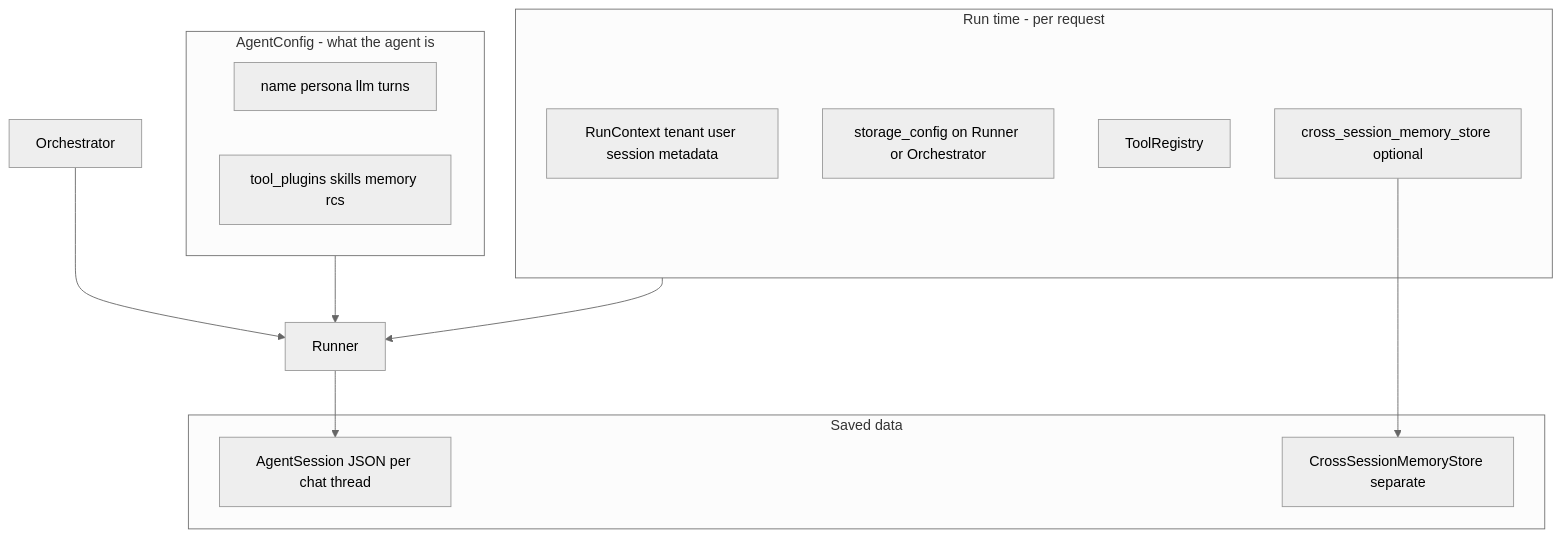
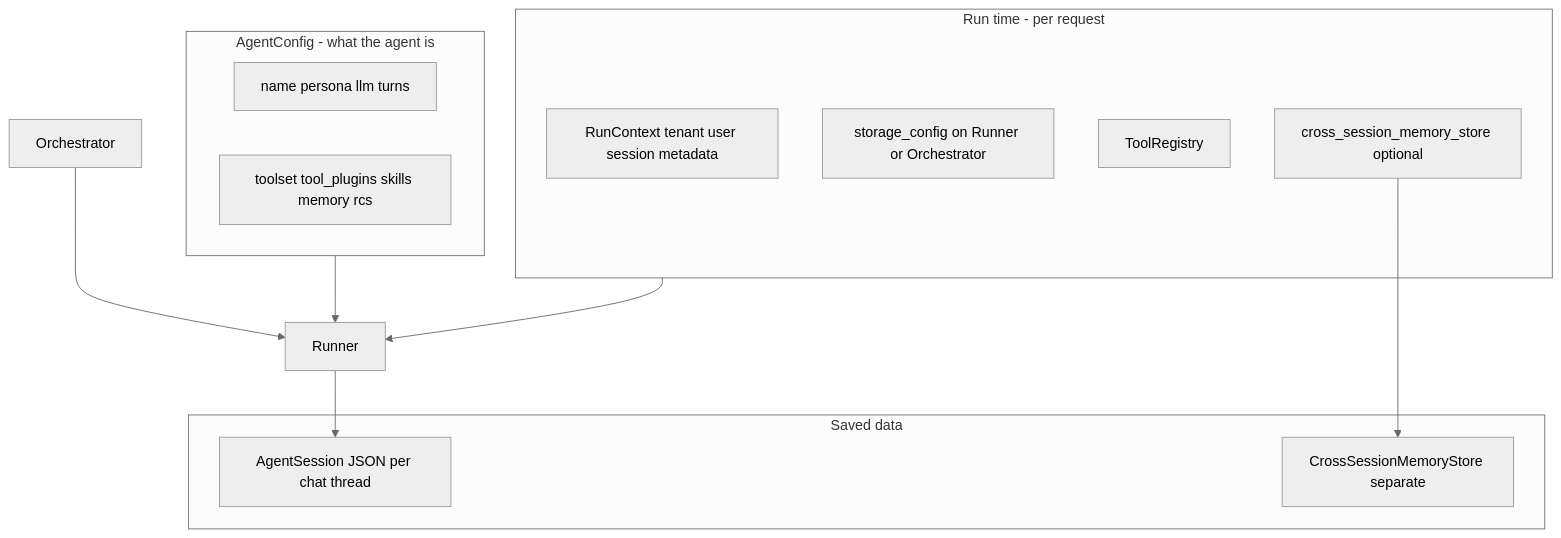
Before and after one commit to gowrav-vishwakarma/nexus-enterprise-agent: the first of 2 diagrams in docs/architecture.md, drawn with Mermaid (neutral theme). The commit also changed other lines of this file and 28 other files, not shown here.

````diff
--- a/docs/architecture.md
+++ b/docs/architecture.md
@@ -32,25 +32,25 @@
 ```mermaid
 flowchart TB
   subgraph configLayer [AgentConfig - what the agent is]
     name[name persona llm turns]
-    tools[tool_plugins skills memory rcs]
+    tools[toolset tool_plugins skills memory rcs]
   end
 
   subgraph runtimeLayer [Run time - per request]
     rc[RunContext tenant user session metadata]
     storage[storage_config on Runner or Orchestrator]
     registry[ToolRegistry]
     crossStore[cross_session_memory_store optional]
   end
 
   subgraph persistLayer [Saved data]
     sessions[AgentSession JSON per chat thread]
     crossMem[CrossSessionMemoryStore separate]
   end
 
   configLayer --> Runner
   runtimeLayer --> Runner
   Runner --> sessions
   crossStore --> crossMem
   Orchestrator --> Runner
 ```
````
